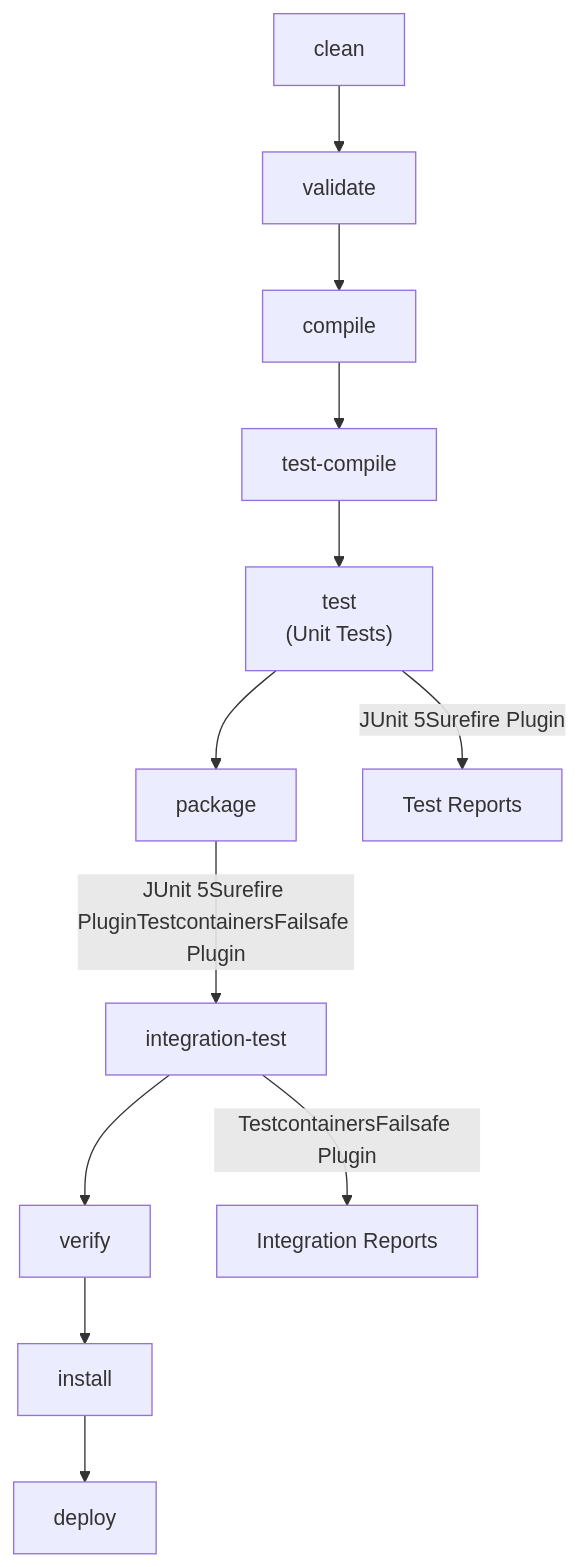
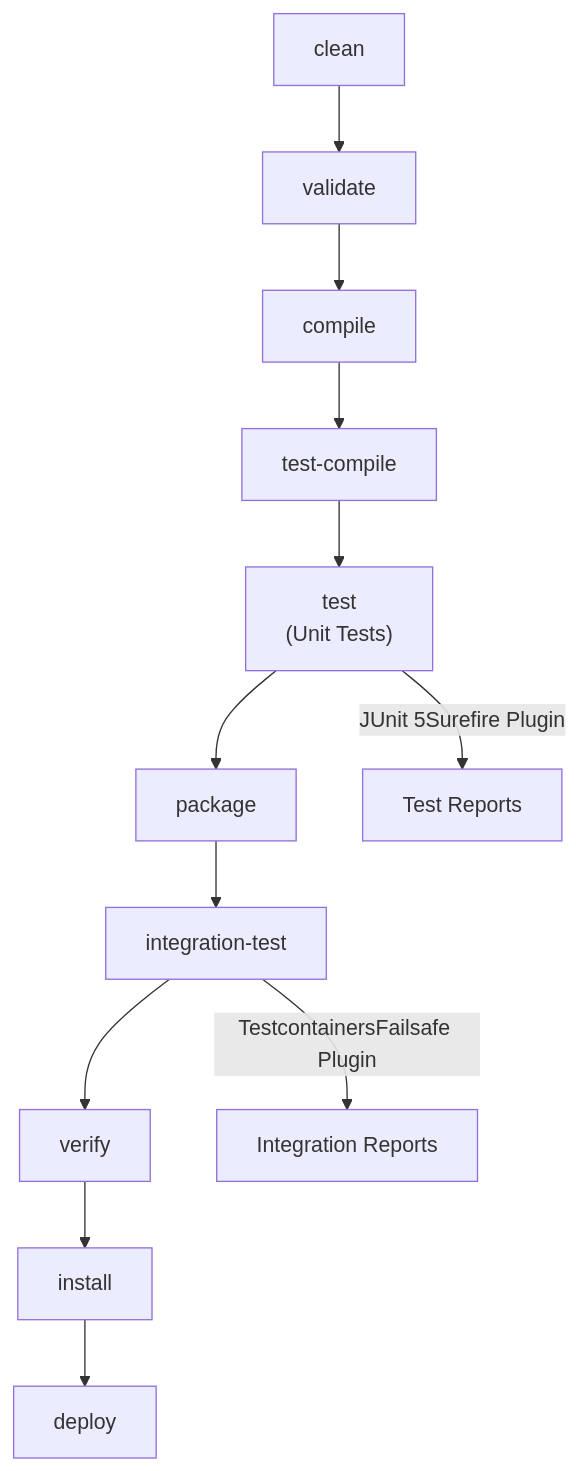
Before and after one commit to philipz/spring-modular-monolith: the first of 4 diagrams in docs/deepwiki/Building-and-Testing.md, drawn with Mermaid. The commit also changed other lines of this file and 32 other files, not shown here.

````diff
--- a/docs/deepwiki/Building-and-Testing.md
+++ b/docs/deepwiki/Building-and-Testing.md
@@ -53,28 +53,28 @@
 ```mermaid
 flowchart TD
 
 Clean["clean"]
 Validate["validate"]
 Compile["compile"]
 TestCompile["test-compile"]
 Test["test<br>(Unit Tests)"]
 Package["package"]
 IntegrationTest["integration-test"]
 Verify["verify"]
 Install["install"]
 Deploy["deploy"]
 TestResults["Test Reports"]
 IntegrationResults["Integration Reports"]
 
 Clean --> Validate
 Validate --> Compile
 Compile --> TestCompile
 TestCompile --> Test
 Test --> Package
-Package -->|"JUnit 5Surefire PluginTestcontainersFailsafe Plugin"| IntegrationTest
+Package --> IntegrationTest
 IntegrationTest --> Verify
 Verify --> Install
 Install --> Deploy
 Test -->|"JUnit 5Surefire Plugin"| TestResults
 IntegrationTest -->|"TestcontainersFailsafe Plugin"| IntegrationResults
 ```
````
